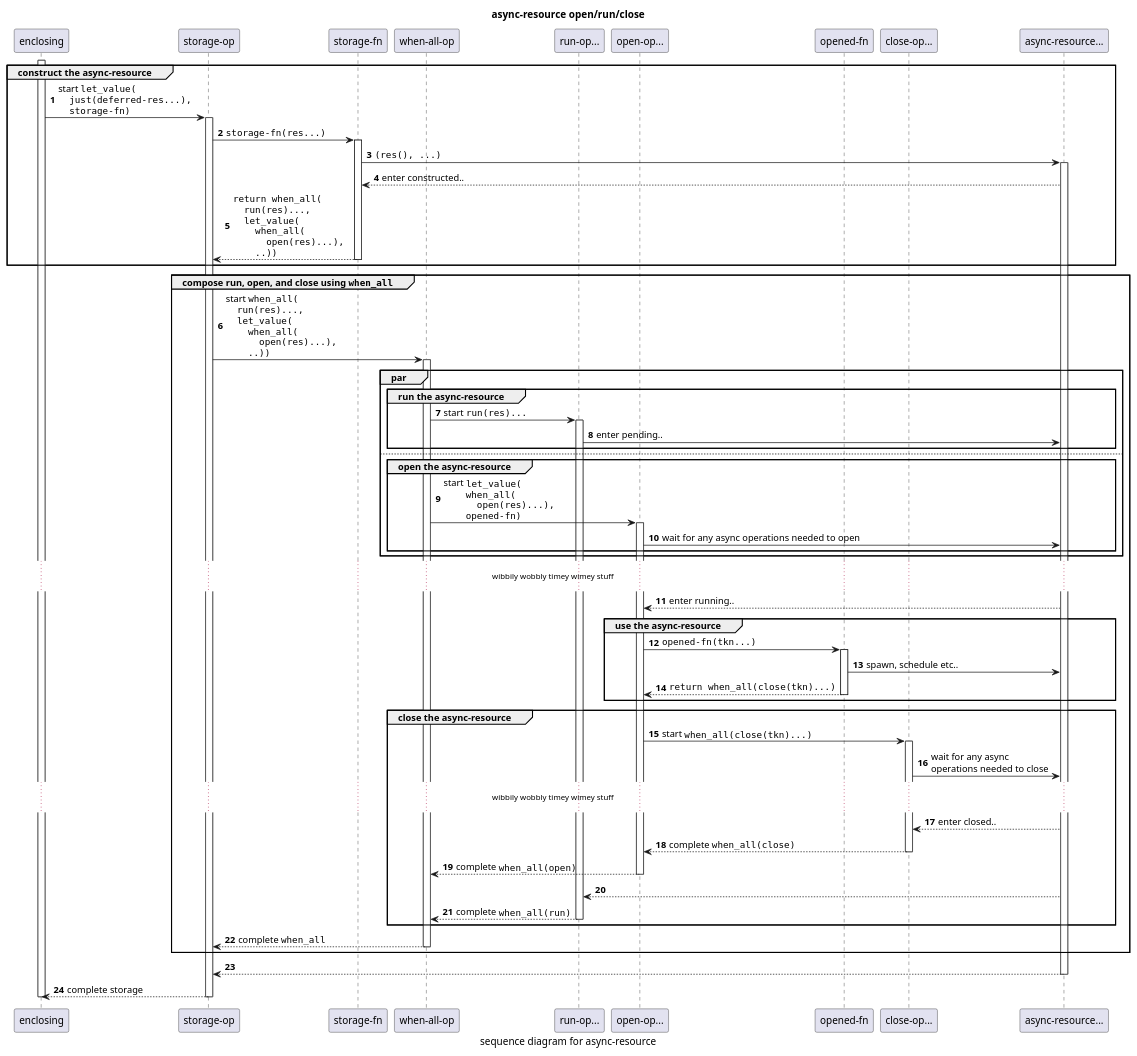
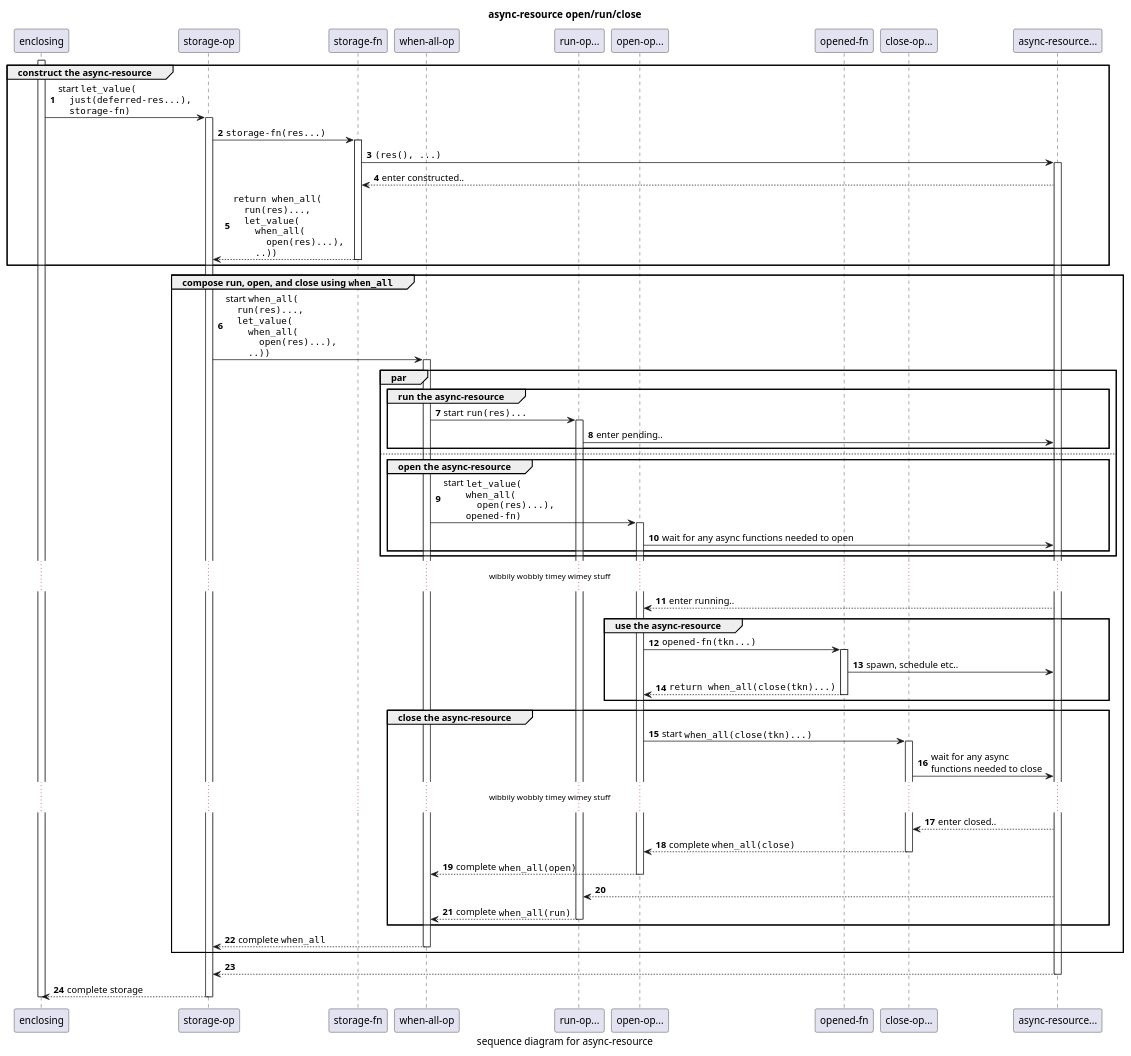
The fifth of 6 diagrams in async-resource.md (kirkshoop/async_scope), drawn with PlantUML before and after one commit. The commit also changed other lines of this file, not shown here.

````diff
--- a/async-resource.md
+++ b/async-resource.md
@@ -827,57 +969,57 @@
 ```plantuml
 title "async-resource open/run/close"
 caption "sequence diagram for async-resource"
 autonumber
 participant "enclosing" as enc
 participant "storage-op" as strg
 participant "storage-fn" as sfn
 participant "when-all-op" as all
 participant "run-op..." as run
 participant "open-op..." as open
 participant "opened-fn" as ofn
 participant "close-op..." as close
 participant "async-resource..." as ar
 activate enc
 group construct the async-resource
 enc -> strg ++ : start ""let_value(""\n""  just(deferred-res...), ""\n""  storage-fn)""
 strg -> sfn ++ : ""storage-fn(res...)""
 sfn -> ar ++ : ""(res(), ...)""
 ar --> sfn : enter constructed..
 sfn --> strg -- : ""return when_all(""\n""  run(res)..., ""\n""  let_value(""\n""    when_all(""\n""      open(res)...), ""\n""    ..))""
 end
 group compose run, open, and close using ""when_all""
 strg -> all ++ : start ""when_all(""\n""  run(res)..., ""\n""  let_value(""\n""    when_all(""\n""      open(res)...), ""\n""    ..))""
 par
 group run the async-resource
 all -> run ++ : start ""run(res)...""
 run -> ar : enter pending..
 end
 else
 group open the async-resource
 all -> open ++ : start ""let_value(""\n""    when_all(""\n""      open(res)...), ""\n""    opened-fn)""
-open -> ar : wait for any async operations needed to open
+open -> ar : wait for any async functions needed to open
 end
 end
 ... wibbily wobbly timey wimey stuff ...
 ar --> open : enter running..
 group use the async-resource
 open -> ofn ++ : ""opened-fn(tkn...)""
 ofn -> ar : spawn, schedule etc..
 ofn --> open -- : ""return when_all(close(tkn)...)""
 end
 group close the async-resource
 open -> close ++ : start ""when_all(close(tkn)...)""
-close -> ar : wait for any async \noperations needed to close
+close -> ar : wait for any async \nfunctions needed to close
 ... wibbily wobbly timey wimey stuff ...
 ar --> close : enter closed..
 close --> open -- : complete ""when_all(close)""
 open --> all -- : complete ""when_all(open)""
 ar --> run : 
 run --> all -- : complete ""when_all(run)""
 end
 all --> strg -- : complete ""when_all""
 end
 ar --> strg -- : 
 strg --> enc -- : complete storage
 deactivate enc
 ```
````
